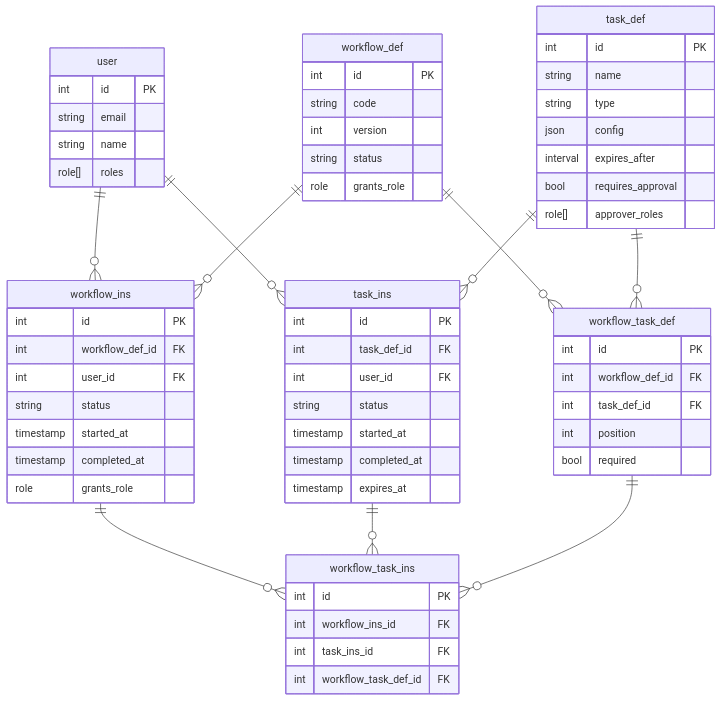
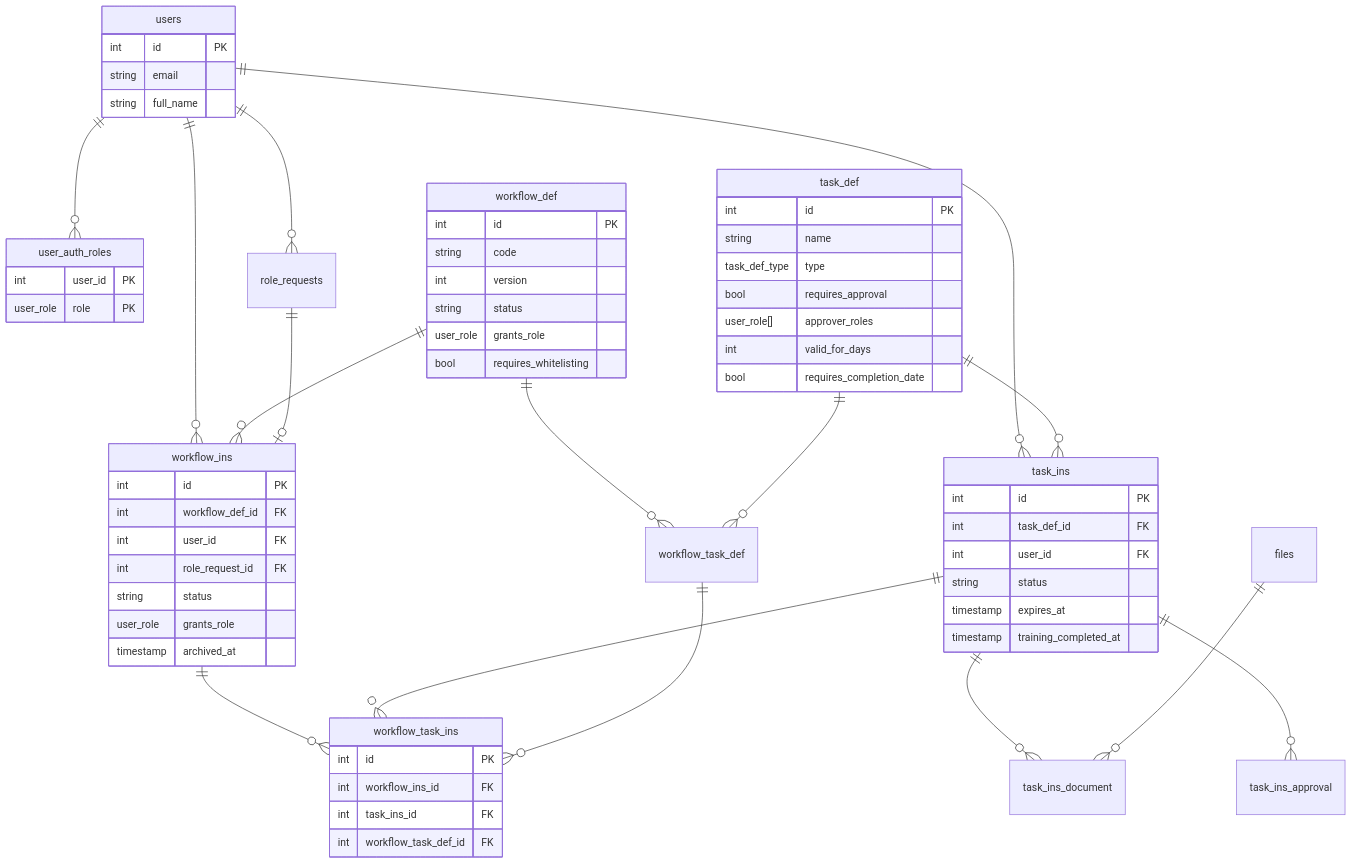
Before and after one commit to artemtek/att: the diagram in summary.md, drawn with Mermaid. The commit also changed other lines of this file and 11 other files, not shown here.

````diff
--- a/summary.md
+++ b/summary.md
@@ -168,75 +176,77 @@
 ```mermaid
 erDiagram
-    user ||--o{ workflow_ins : ""
-    user ||--o{ task_ins : ""
+    users ||--o{ user_auth_roles : ""
+    users ||--o{ workflow_ins : ""
+    users ||--o{ task_ins : ""
+    users ||--o{ role_requests : ""
 
     workflow_def ||--o{ workflow_task_def : ""
     task_def ||--o{ workflow_task_def : ""
 
     workflow_def ||--o{ workflow_ins : ""
     task_def ||--o{ task_ins : ""
+    role_requests ||--o| workflow_ins : ""
 
     workflow_ins ||--o{ workflow_task_ins : ""
     task_ins ||--o{ workflow_task_ins : ""
     workflow_task_def ||--o{ workflow_task_ins : ""
+    task_ins ||--o{ task_ins_document : ""
+    task_ins ||--o{ task_ins_approval : ""
+    files ||--o{ task_ins_document : ""
 
-    user {
+    users {
         int id PK
         string email
-        string name
-        role[] roles
+        string full_name
+    }
+
+    user_auth_roles {
+        int user_id PK
+        user_role role PK
     }
 
     task_def {
         int id PK
         string name
-        string type
-        json config
-        interval expires_after
+        task_def_type type
         bool requires_approval
-        role[] approver_roles
+        user_role[] approver_roles
+        int valid_for_days
+        bool requires_completion_date
     }
 
     workflow_def {
         int id PK
         string code
         int version
         string status
-        role grants_role
-    }
-
-    workflow_task_def {
-        int id PK
-        int workflow_def_id FK
-        int task_def_id FK
-        int position
-        bool required
+        user_role grants_role
+        bool requires_whitelisting
     }
 
     workflow_ins {
         int id PK
         int workflow_def_id FK
         int user_id FK
+        int role_request_id FK
         string status
-        timestamp started_at
-        timestamp completed_at
-        role grants_role
+        user_role grants_role
+        timestamp archived_at
     }
 
     task_ins {
         int id PK
         int task_def_id FK
         int user_id FK
         string status
-        timestamp started_at
-        timestamp completed_at
         timestamp expires_at
+        timestamp training_completed_at
     }
 
     workflow_task_ins {
         int id PK
         int workflow_ins_id FK
         int task_ins_id FK
         int workflow_task_def_id FK
     }
 ```
````
